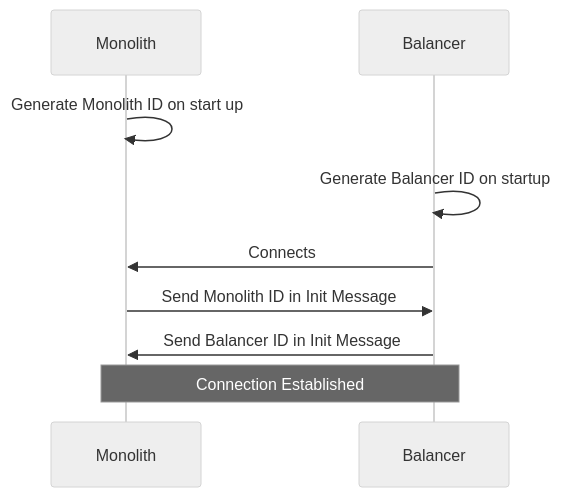
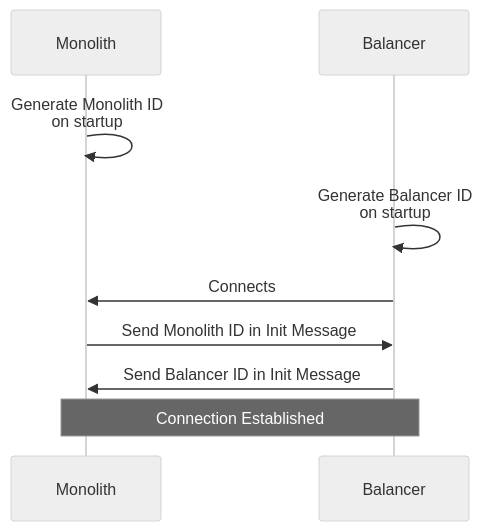
One commit to dyc3/senior-design changed the diagram in figures/monolith-id-sequence.mmd. Above: the diagram before and after it, drawn with Mermaid (neutral theme). The commit also changed 1 other file, not shown here.

Commit message:
fix text in monolith-id-sequence being cut off (#419)
> [!CAUTION]
> DO NOT merge yourself, this will be auto merged upon approval

```diff
--- a/figures/monolith-id-sequence.mmd
+++ b/figures/monolith-id-sequence.mmd
@@ -1,10 +1,10 @@
 sequenceDiagram
     participant Monolith
     participant Balancer
 
-    Monolith->>Monolith: Generate Monolith ID on start  up
-    Balancer->>Balancer: Generate Balancer ID on startup
+    Monolith->>Monolith: Generate Monolith ID<br>on startup
+    Balancer->>Balancer: Generate Balancer ID<br>on startup
     Balancer->>Monolith: Connects
     Monolith->>Balancer: Send Monolith ID in Init Message
     Balancer->>Monolith: Send Balancer ID in Init Message
     Note over Monolith,Balancer: Connection Established
```
